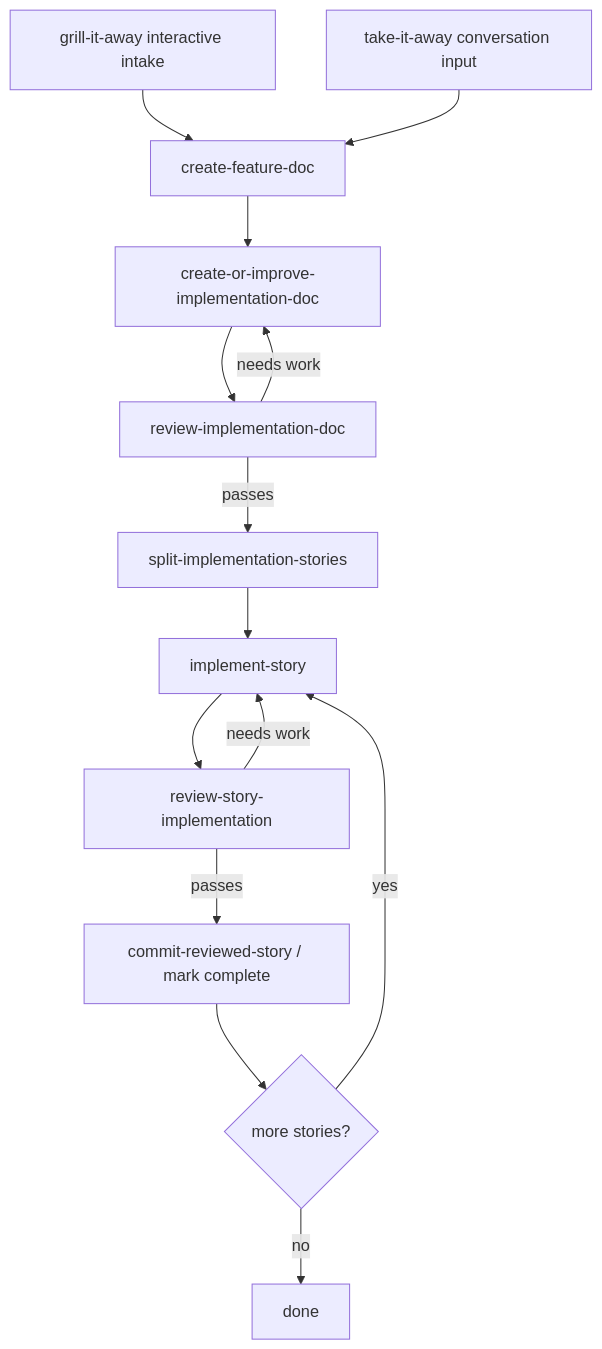
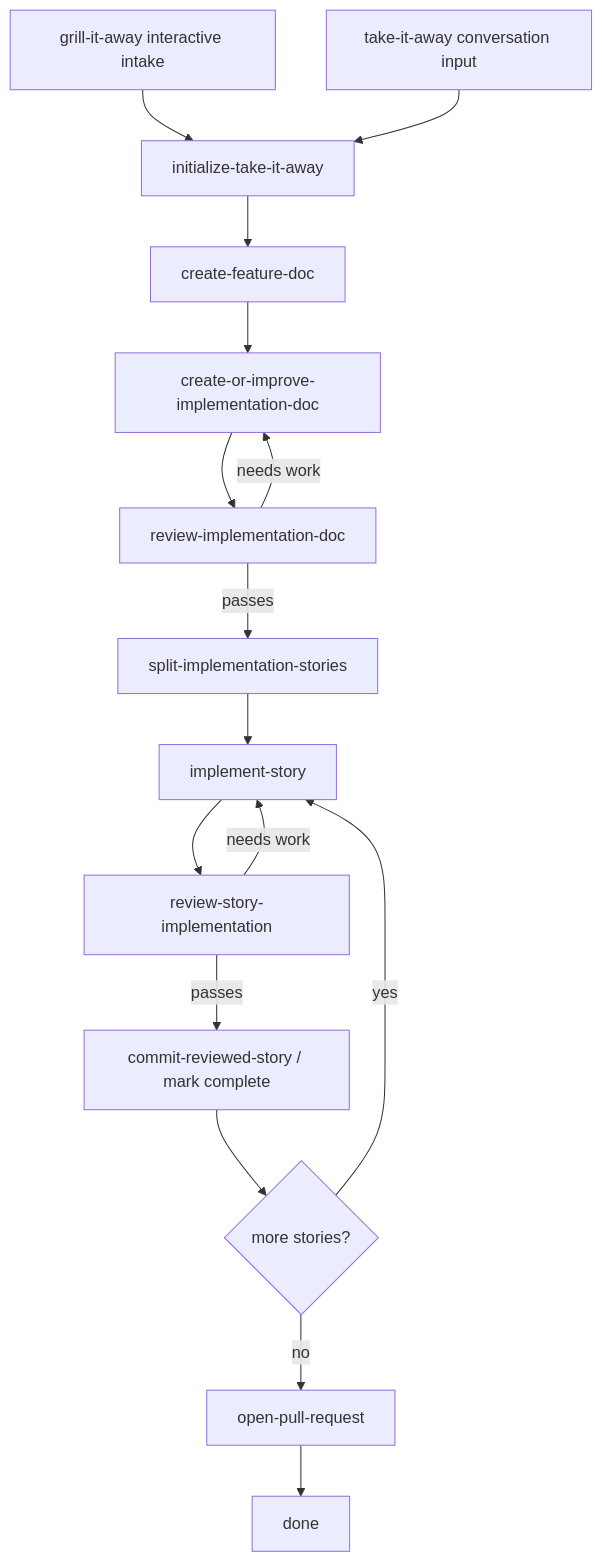
Before and after one commit to chily-john/TrailStep: the diagram in packages/create-flows/README.md, drawn with Mermaid. The commit also changed other lines of this file and 12 other files, not shown here.

Commit message:
feat(create-flows): open pull requests after implementation

````diff
--- a/packages/create-flows/README.md
+++ b/packages/create-flows/README.md
@@ -74,16 +81,18 @@
 ```mermaid
 flowchart TD
-  A[grill-it-away interactive intake] --> C[create-feature-doc]
-  B[take-it-away conversation input] --> C
+  A[grill-it-away interactive intake] --> B1[initialize-take-it-away]
+  B[take-it-away conversation input] --> B1
+  B1 --> C[create-feature-doc]
   C --> D[create-or-improve-implementation-doc]
   D --> E[review-implementation-doc]
   E -->|needs work| D
   E -->|passes| F[split-implementation-stories]
   F --> G[implement-story]
   G --> H[review-story-implementation]
   H -->|needs work| G
   H -->|passes| I[commit-reviewed-story / mark complete]
   I --> J{more stories?}
   J -->|yes| G
-  J -->|no| K[done]
+  J -->|no| K[open-pull-request]
+  K --> L[done]
 ```
````
